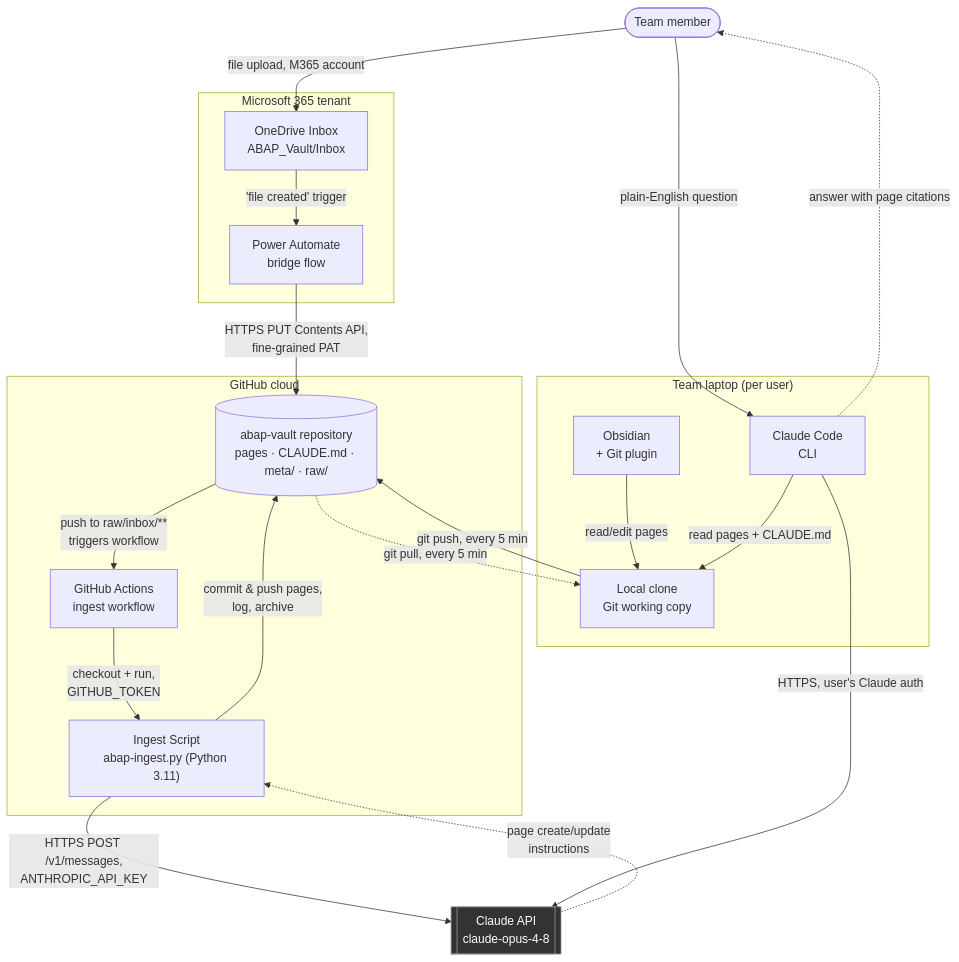
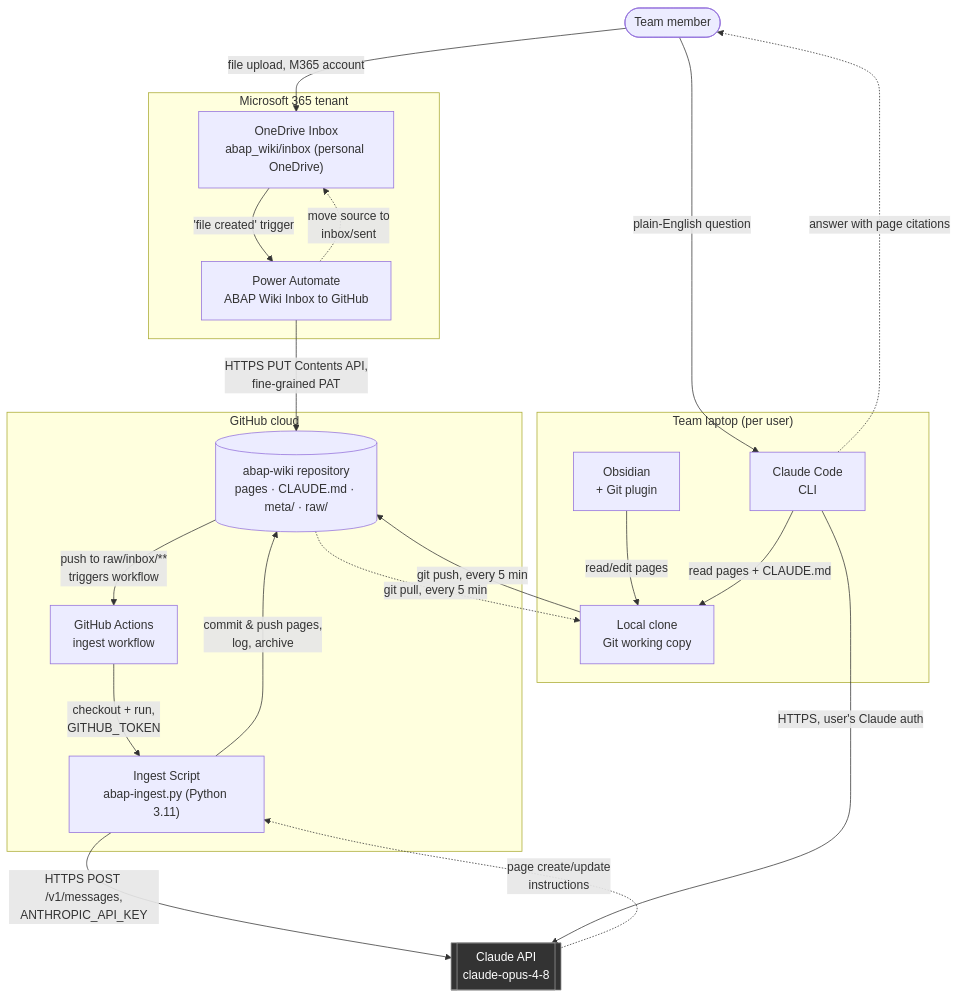
Before and after one commit to spalanivelu1989/abap-llm-wiki: the diagram in docs/architecture/system-diagram.md, drawn with Mermaid. The commit also changed other lines of this file and 9 other files, not shown here.

````diff
--- a/docs/architecture/system-diagram.md
+++ b/docs/architecture/system-diagram.md
@@ -11,42 +11,43 @@
 ```mermaid
 flowchart TD
     User(["Team member"])
 
     subgraph M365 ["Microsoft 365 tenant"]
-        OD["OneDrive Inbox<br/>ABAP_Vault/Inbox"]
-        PA["Power Automate<br/>bridge flow"]
+        OD["OneDrive Inbox<br/>abap_wiki/inbox (personal OneDrive)"]
+        PA["Power Automate<br/>ABAP Wiki Inbox to GitHub"]
     end
 
     subgraph GH ["GitHub cloud"]
-        REPO[("abap-vault repository<br/>pages · CLAUDE.md · meta/ · raw/")]
+        REPO[("abap-wiki repository<br/>pages · CLAUDE.md · meta/ · raw/")]
         GHA["GitHub Actions<br/>ingest workflow"]
         PY["Ingest Script<br/>abap-ingest.py (Python 3.11)"]
     end
 
     subgraph LAPTOP ["Team laptop (per user)"]
         CLONE["Local clone<br/>Git working copy"]
         OBS["Obsidian<br/>+ Git plugin"]
         CC["Claude Code<br/>CLI"]
     end
 
     CLAUDE[["Claude API<br/>claude-opus-4-8"]]
 
     User -->|"file upload, M365 account"| OD
     OD -->|"'file created' trigger"| PA
     PA -->|"HTTPS PUT Contents API,<br/>fine-grained PAT"| REPO
+    PA -.->|"move source to<br/>inbox/sent"| OD
     REPO -->|"push to raw/inbox/**<br/>triggers workflow"| GHA
     GHA -->|"checkout + run,<br/>GITHUB_TOKEN"| PY
     PY -->|"HTTPS POST /v1/messages,<br/>ANTHROPIC_API_KEY"| CLAUDE
     CLAUDE -.->|"page create/update<br/>instructions"| PY
     PY -->|"commit & push pages,<br/>log, archive"| REPO
     CLONE -->|"git push, every 5 min"| REPO
     REPO -.->|"git pull, every 5 min"| CLONE
     OBS -->|"read/edit pages"| CLONE
     CC -->|"read pages + CLAUDE.md"| CLONE
     CC -->|"HTTPS, user's Claude auth"| CLAUDE
     User -->|"plain-English question"| CC
     CC -.->|"answer with page citations"| User
 
     classDef external fill:#333,stroke:#999,color:#fff;
     class CLAUDE external;
 ```
````
